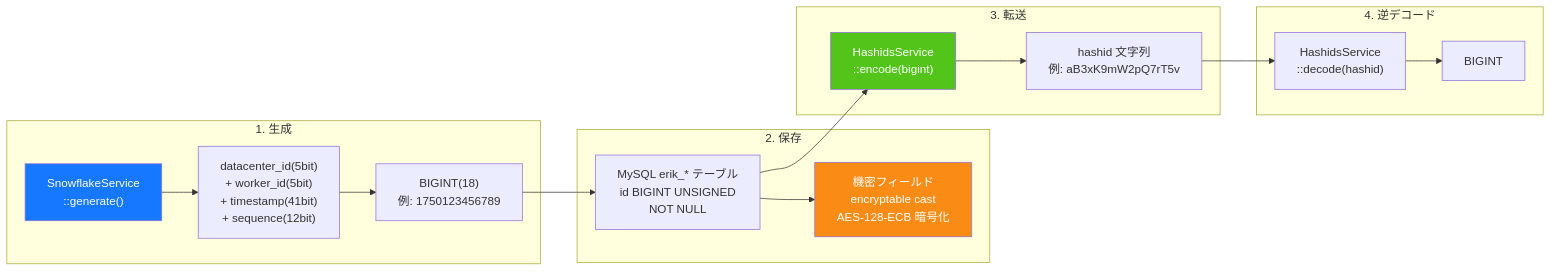
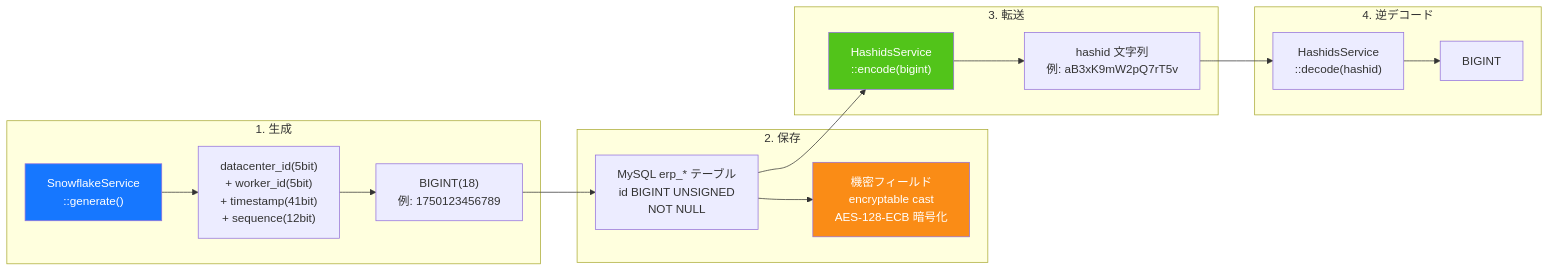
The seventh of 20 diagrams in docs/i18n/ja/ARCHITECTURE.md (erikwang2013/erp-php), drawn with Mermaid before and after one commit. The commit also changed other lines of this file and 449 other files, not shown here.

First line of the commit message:
全局命名统一：数据库 erp、表前缀 erp_、Redis 前缀 erp:（原 erik_/open_admin）

````diff
--- a/docs/i18n/ja/ARCHITECTURE.md
+++ b/docs/i18n/ja/ARCHITECTURE.md
@@ -373,33 +373,33 @@
 ```mermaid
 flowchart LR
     subgraph "1. 生成"
         G1["SnowflakeService<br/>::generate()"]
         G2["datacenter_id(5bit)<br/>+ worker_id(5bit)<br/>+ timestamp(41bit)<br/>+ sequence(12bit)"]
         G3["BIGINT(18)<br/>例: 1750123456789"]
         G1 --> G2 --> G3
     end
 
     subgraph "2. 保存"
-        S1["MySQL erik_* テーブル<br/>id BIGINT UNSIGNED<br/>NOT NULL"]
+        S1["MySQL erp_* テーブル<br/>id BIGINT UNSIGNED<br/>NOT NULL"]
         S2["機密フィールド<br/>encryptable cast<br/>AES-128-ECB 暗号化"]
         G3 --> S1
         S1 --> S2
     end
 
     subgraph "3. 転送"
         T1["HashidsService<br/>::encode(bigint)"]
         T2["hashid 文字列<br/>例: aB3xK9mW2pQ7rT5v"]
         S1 --> T1
         T1 --> T2
     end
 
     subgraph "4. 逆デコード"
         R1["HashidsService<br/>::decode(hashid)"]
         R2["BIGINT"]
         T2 --> R1 --> R2
     end
 
     style G1 fill:#1677FF,color:#fff
     style T1 fill:#52C41A,color:#fff
     style S2 fill:#FA8C16,color:#fff
 ```
````
